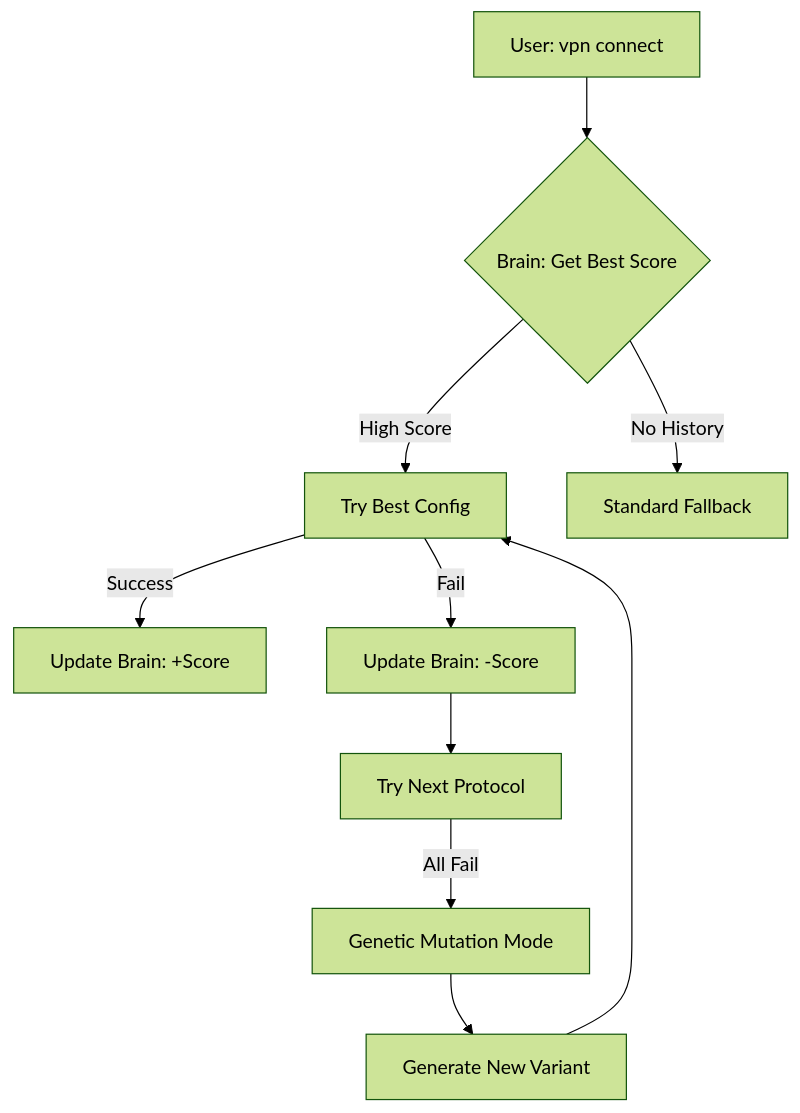
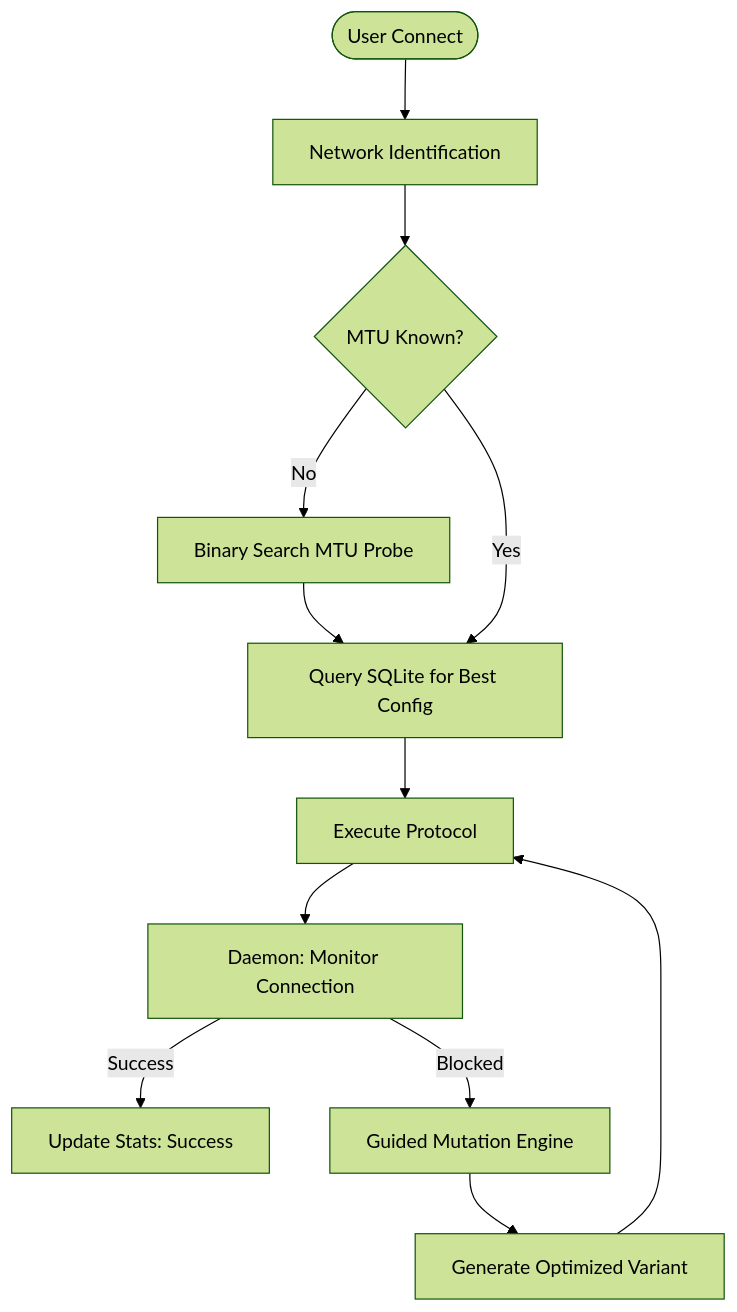
The diagram in README.md (artplay254/vpn-agent), drawn with Mermaid (forest theme) before and after one commit. The commit also changed other lines of this file, not shown here.

````diff
--- a/README.md
+++ b/README.md
@@ -24,12 +51,14 @@
 ```mermaid
 graph TD
-    A[User: vpn connect] --> B{Brain: Get Best Score}
-    B -->|High Score| C[Try Best Config]
-    B -->|No History| D[Standard Fallback]
-    C -->|Success| E[Update Brain: +Score]
-    C -->|Fail| F[Update Brain: -Score]
-    F --> G[Try Next Protocol]
-    G -->|All Fail| H[Genetic Mutation Mode]
-    H --> I[Generate New Variant]
-    I --> C
+    User([User Connect]) --> Ident[Network Identification]
+    Ident --> Probe{MTU Known?}
+    Probe -- No --> BinSearch[Binary Search MTU Probe]
+    BinSearch --> BrainQuery
+    Probe -- Yes --> BrainQuery[Query SQLite for Best Config]
+    BrainQuery --> Exec[Execute Protocol]
+    Exec --> Watch[Daemon: Monitor Connection]
+    Watch -- Success --> Log[Update Stats: Success]
+    Watch -- Blocked --> Mutate[Guided Mutation Engine]
+    Mutate --> NewVar[Generate Optimized Variant]
+    NewVar --> Exec
 ```
````
